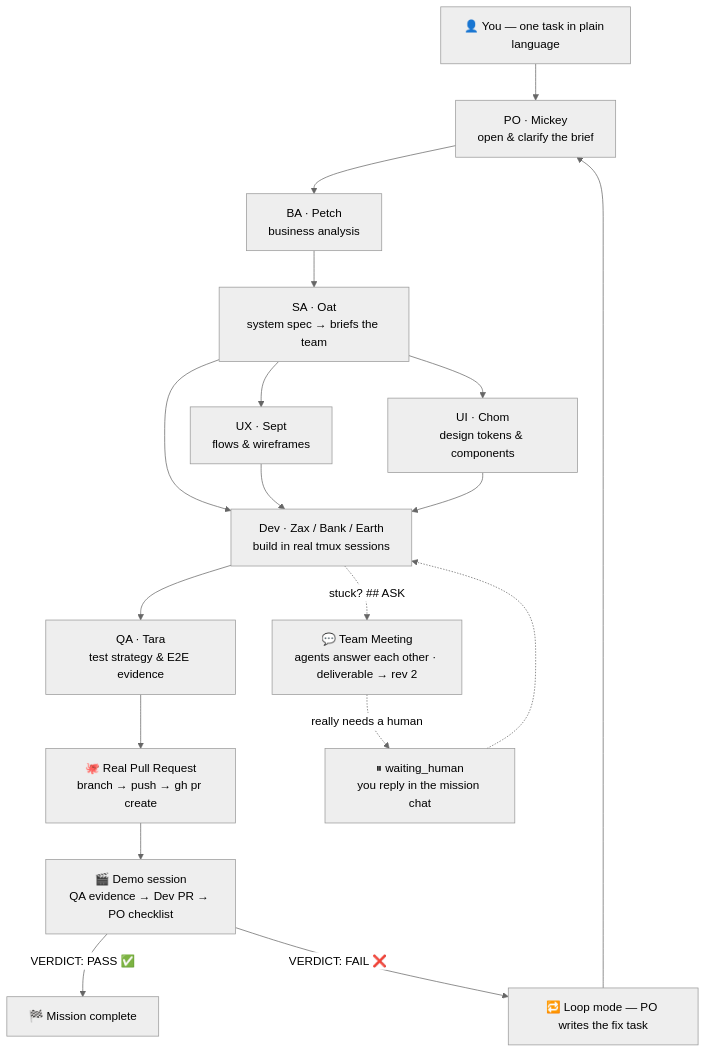
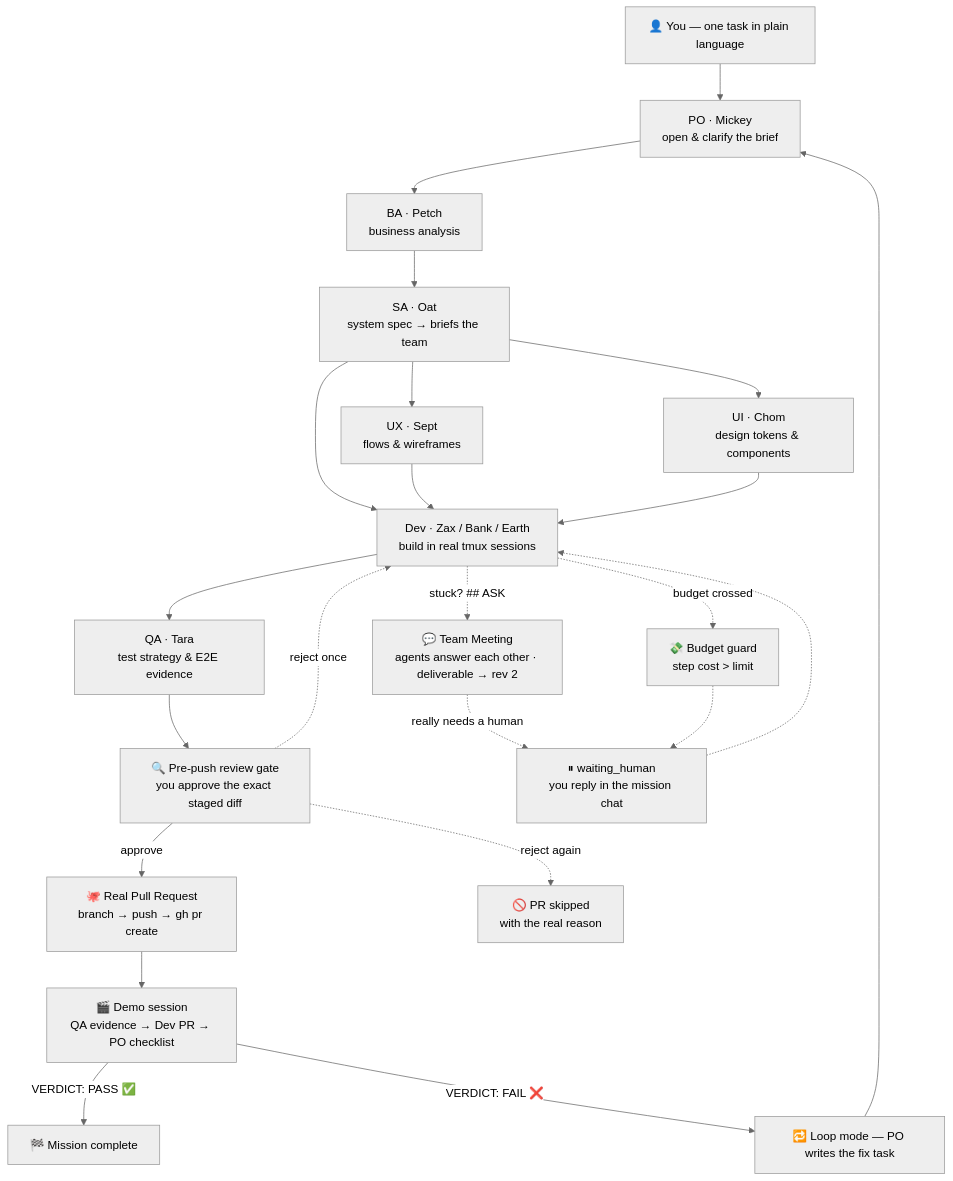
Before and after one commit to 9zax/ai-agent-platform: the first of 2 diagrams in README.md, drawn with Mermaid (neutral theme). The commit also changed other lines of this file and 16 other files, not shown here.

First line of the commit message:
README: document budgets, routines, review gate, harnesses, and refresh screenshots

````diff
--- a/README.md
+++ b/README.md
@@ -38,22 +58,28 @@
 ```mermaid
 flowchart TD
     YOU["👤 You — one task in plain language"] --> PO["PO · Mickey<br/>open & clarify the brief"]
     PO --> BA["BA · Petch<br/>business analysis"]
     BA --> SA["SA · Oat<br/>system spec → briefs the team"]
     SA --> UX["UX · Sept<br/>flows & wireframes"]
     SA --> UI["UI · Chom<br/>design tokens & components"]
     SA --> DEV["Dev · Zax / Bank / Earth<br/>build in real tmux sessions"]
     UX --> DEV
     UI --> DEV
     DEV --> QA["QA · Tara<br/>test strategy & E2E evidence"]
 
-    QA --> PR["🐙 Real Pull Request<br/>branch → push → gh pr create"]
+    QA --> REVIEW["🔍 Pre-push review gate<br/>you approve the exact staged diff"]
+    REVIEW -->|"approve"| PR["🐙 Real Pull Request<br/>branch → push → gh pr create"]
+    REVIEW -.->|"reject once"| DEV
+    REVIEW -.->|"reject again"| SKIP["🚫 PR skipped<br/>with the real reason"]
     PR --> DEMO["🎬 Demo session<br/>QA evidence → Dev PR → PO checklist"]
     DEMO -->|"VERDICT: PASS ✅"| DONE["🏁 Mission complete"]
     DEMO -->|"VERDICT: FAIL ❌"| LOOP["🔁 Loop mode — PO writes the fix task"]
     LOOP --> PO
 
     DEV -. "stuck? ## ASK" .-> MEET["💬 Team Meeting<br/>agents answer each other · deliverable → rev 2"]
     MEET -. "really needs a human" .-> HUMAN["⏸ waiting_human<br/>you reply in the mission chat"]
     HUMAN -.-> DEV
+
+    DEV -. "budget crossed" .-> BUDGET["💸 Budget guard<br/>step cost > limit"]
+    BUDGET -.-> HUMAN
 ```
````
